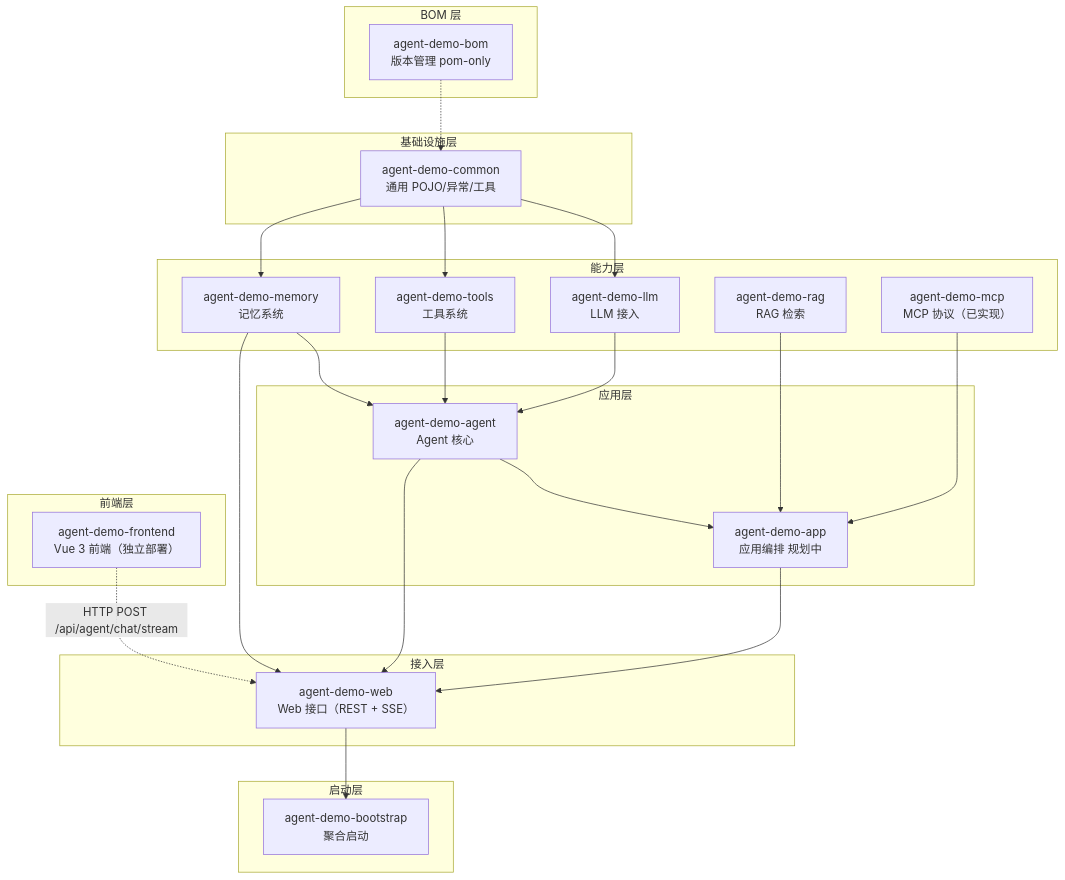
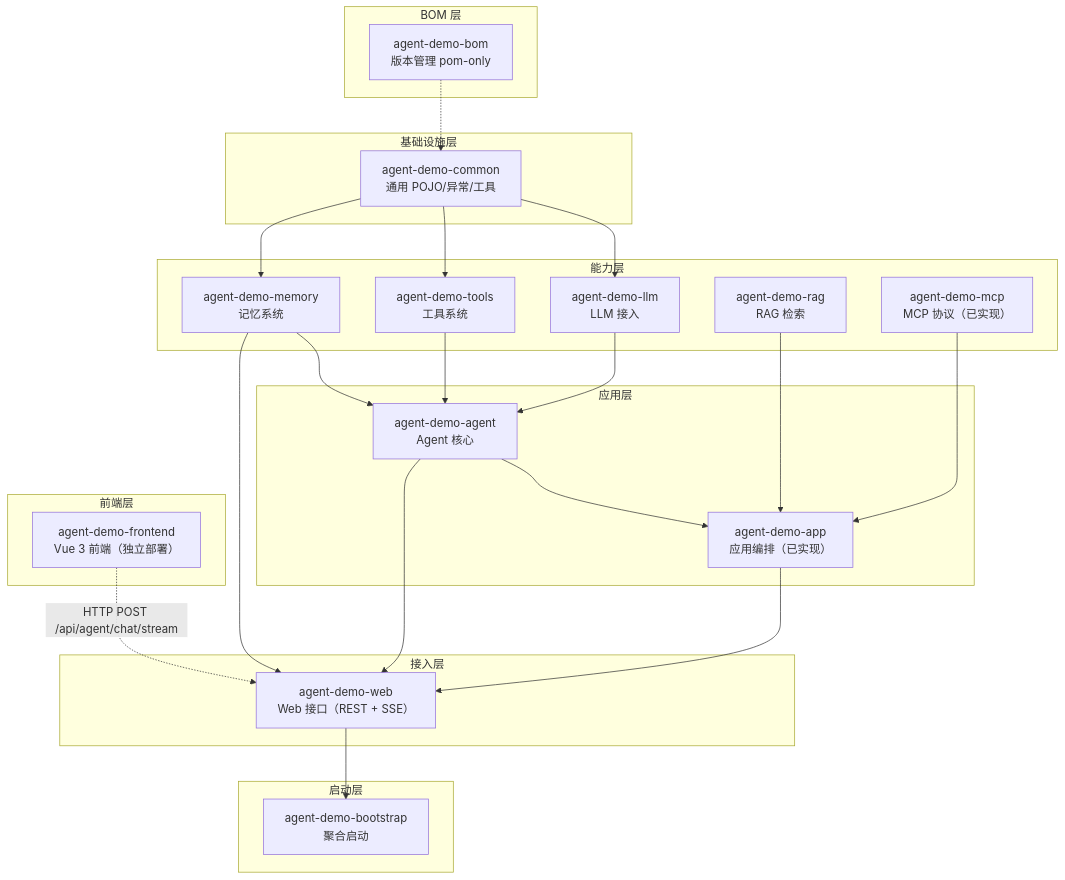
One commit to zxchengQQ/agent_demo changed the fifth of 10 diagrams in specs/技术架构文档-TOGAF.md. Above: the diagram before and after it, drawn with Mermaid. The commit also changed other lines of this file and 156 other files, not shown here.

````diff
--- a/specs/技术架构文档-TOGAF.md
+++ b/specs/技术架构文档-TOGAF.md
@@ -202,51 +202,51 @@
 ```mermaid
 graph TB
     subgraph "BOM 层"
         DEP["agent-demo-bom<br/>版本管理 pom-only"]
     end
 
     subgraph "基础设施层"
         FW_COMMON["agent-demo-common<br/>通用 POJO/异常/工具"]
     end
 
     subgraph "能力层"
         M_LLM["agent-demo-llm<br/>LLM 接入"]
         M_TOOLS["agent-demo-tools<br/>工具系统"]
         M_MEM["agent-demo-memory<br/>记忆系统"]
         M_RAG["agent-demo-rag<br/>RAG 检索"]
         M_MCP["agent-demo-mcp<br/>MCP 协议（已实现）"]
     end
 
     subgraph "应用层"
         M_AGENT["agent-demo-agent<br/>Agent 核心"]
-        M_APP["agent-demo-app<br/>应用编排 规划中"]
+        M_APP["agent-demo-app<br/>应用编排（已实现）"]
     end
 
     subgraph "接入层"
         M_WEB["agent-demo-web<br/>Web 接口（REST + SSE）"]
     end
 
     subgraph "前端层"
         M_FE["agent-demo-frontend<br/>Vue 3 前端（独立部署）"]
     end
 
     subgraph "启动层"
         M_BOOT["agent-demo-bootstrap<br/>聚合启动"]
     end
 
     DEP -.-> FW_COMMON
     FW_COMMON --> M_LLM
     FW_COMMON --> M_TOOLS
     FW_COMMON --> M_MEM
     M_LLM --> M_AGENT
     M_TOOLS --> M_AGENT
     M_MEM --> M_AGENT
     M_AGENT --> M_APP
     M_RAG --> M_APP
     M_MCP --> M_APP
     M_APP --> M_WEB
     M_AGENT --> M_WEB
     M_MEM --> M_WEB
     M_WEB --> M_BOOT
     M_FE -.->|HTTP POST /api/agent/chat/stream| M_WEB
 ```
````
